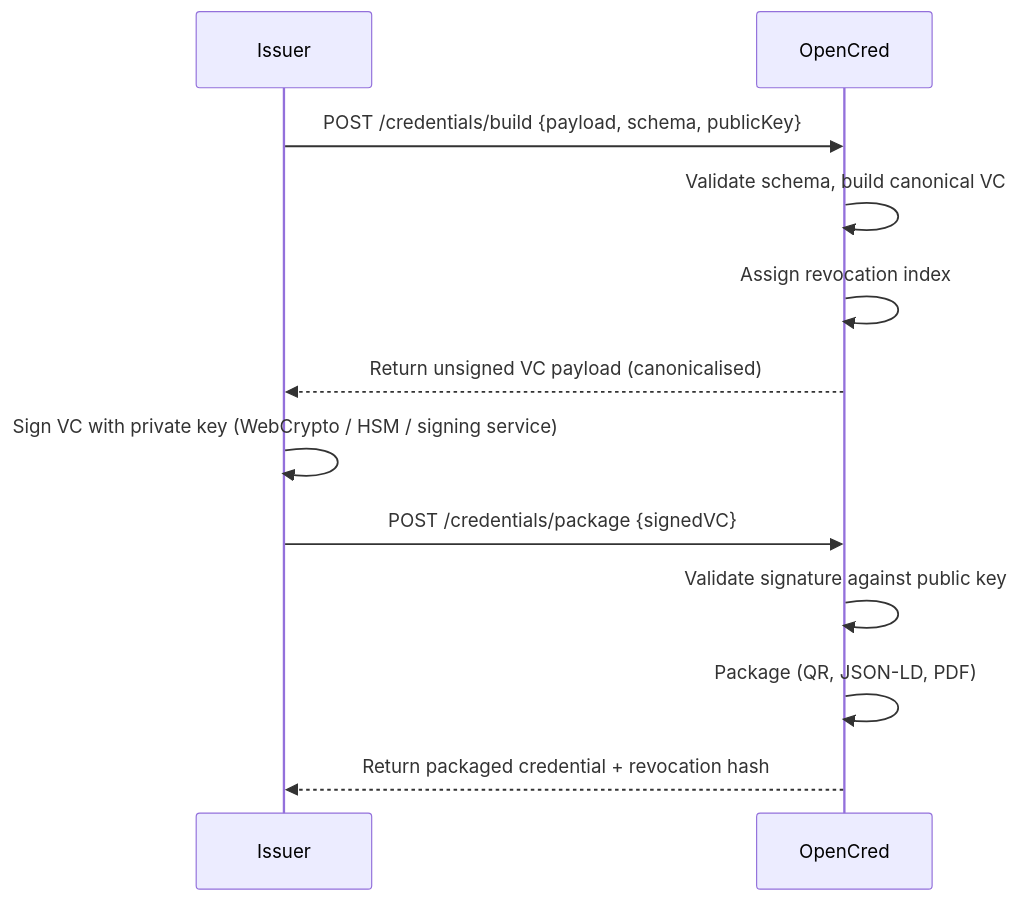
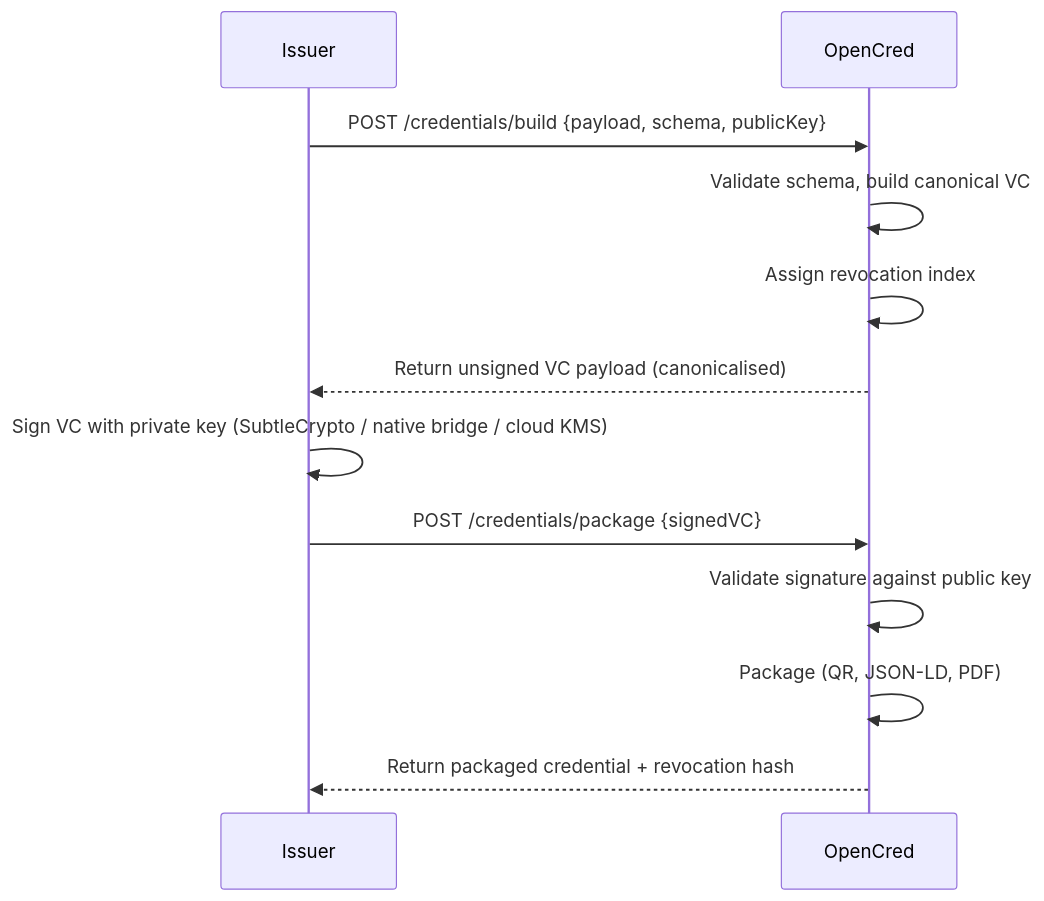
The second of 7 diagrams in OpenCred_PRD.md (nfh-trust-labs/opencred), drawn with Mermaid before and after one commit. The commit also changed other lines of this file, not shown here.

First line of the commit message:
Add bulk issuance, signing architecture, delegation verification, and access model to PRD

````diff
--- a/OpenCred_PRD.md
+++ b/OpenCred_PRD.md
@@ -215,15 +278,15 @@
 ```mermaid
 sequenceDiagram
     participant Issuer
     participant OpenCred
 
     Issuer->>OpenCred: POST /credentials/build {payload, schema, publicKey}
     OpenCred->>OpenCred: Validate schema, build canonical VC
     OpenCred->>OpenCred: Assign revocation index
     OpenCred-->>Issuer: Return unsigned VC payload (canonicalised)
-    Issuer->>Issuer: Sign VC with private key (WebCrypto / HSM / signing service)
+    Issuer->>Issuer: Sign VC with private key (SubtleCrypto / native bridge / cloud KMS)
     Issuer->>OpenCred: POST /credentials/package {signedVC}
     OpenCred->>OpenCred: Validate signature against public key
     OpenCred->>OpenCred: Package (QR, JSON-LD, PDF)
     OpenCred-->>Issuer: Return packaged credential + revocation hash
 ```
````
